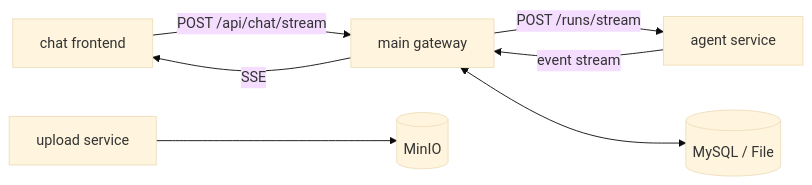
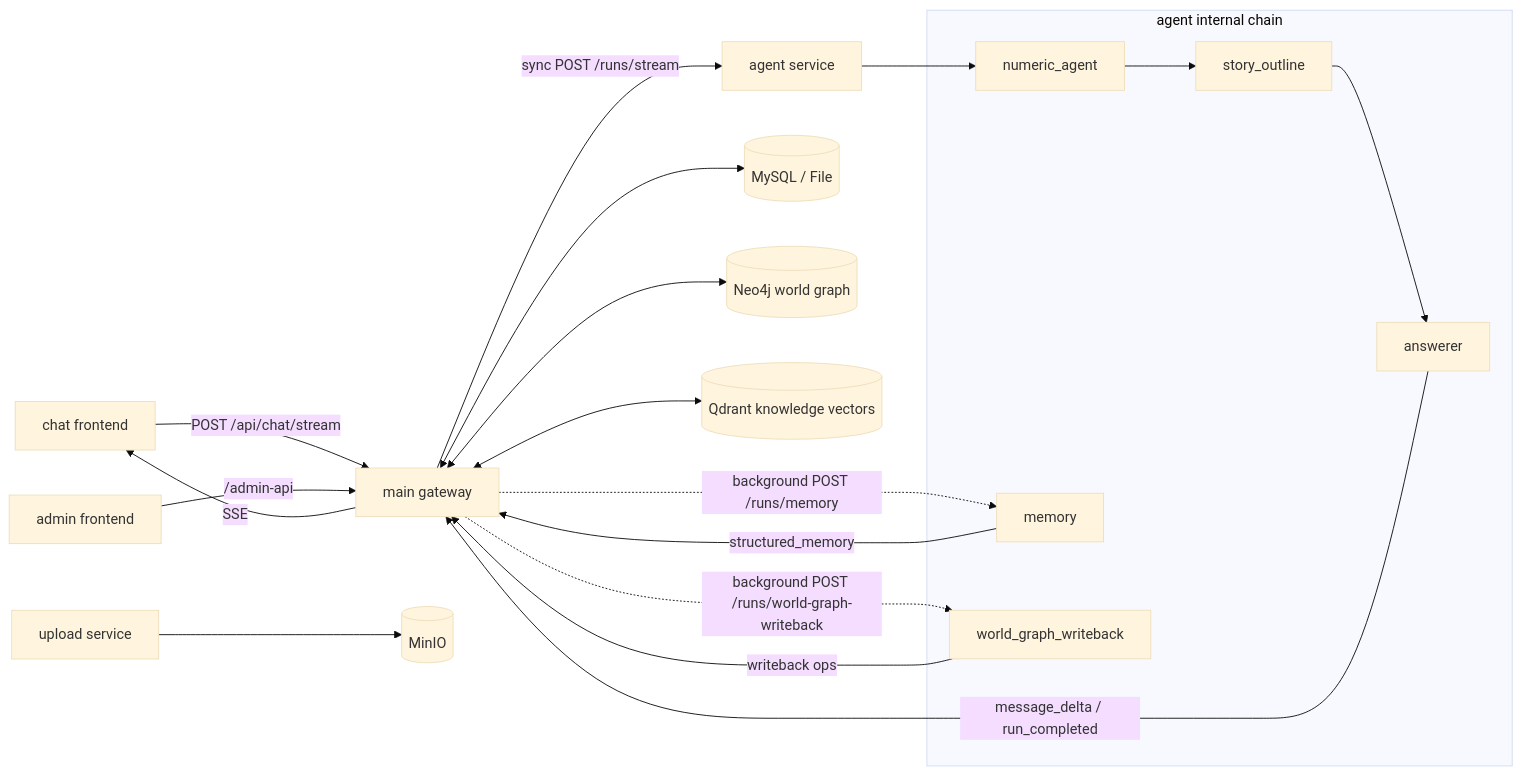
The diagram in README.en.md (zrbyhelp/MyAiChat), drawn with Mermaid (base theme) before and after one commit. The commit also changed other lines of this file and 45 other files, not shown here.

````diff
--- a/README.en.md
+++ b/README.en.md
@@ -35,9 +56,25 @@
 ```mermaid
 flowchart LR
   A[chat frontend] -->|POST /api/chat/stream| B[main gateway]
-  B -->|POST /runs/stream| C[agent service]
-  C -->|event stream| B
+  H[admin frontend] -->|/admin-api| B
+  B -->|sync POST /runs/stream| C[agent service]
+  subgraph AG[agent internal chain]
+    C1[numeric_agent]
+    C2[story_outline]
+    C3[answerer]
+    C4[memory]
+    C5[world_graph_writeback]
+    C1 --> C2 --> C3
+  end
+  C --> C1
+  C3 -->|message_delta / run_completed| B
   B -->|SSE| A
+  B -. background POST /runs/memory .-> C4
+  C4 -->|structured_memory| B
+  B -. background POST /runs/world-graph-writeback .-> C5
+  C5 -->|writeback ops| B
   B <--> D[(MySQL / File)]
-  E[upload service] --> F[(MinIO)]
+  B <--> E[(Neo4j world graph)]
+  B <--> F[(Qdrant knowledge vectors)]
+  G[upload service] --> I[(MinIO)]
 ```
````
